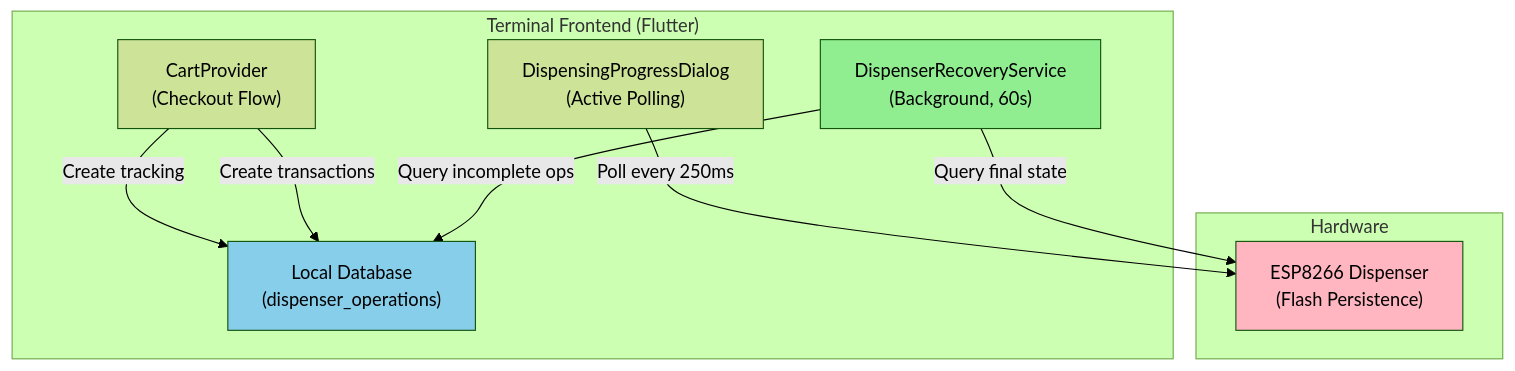
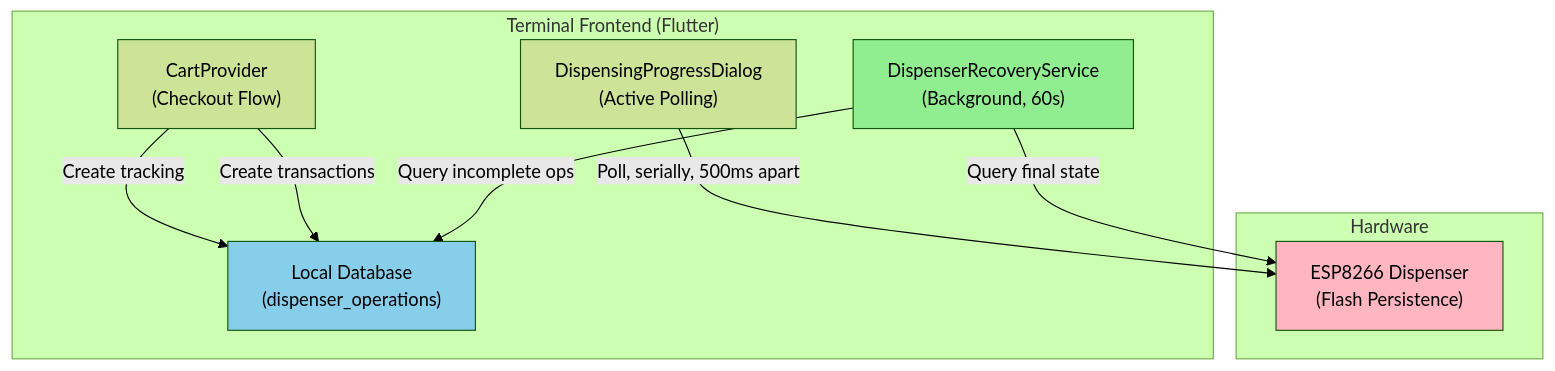
Before and after one commit to dgloeckner/clubbar: the first of 11 diagrams in docs/dispenser-crash-recovery-reconciliation.md, drawn with Mermaid (forest theme). The commit also changed other lines of this file and 14 other files, not shown here.

````diff
--- a/docs/dispenser-crash-recovery-reconciliation.md
+++ b/docs/dispenser-crash-recovery-reconciliation.md
@@ -40,23 +40,23 @@
 ```mermaid
 graph TB
     subgraph Terminal["Terminal Frontend (Flutter)"]
         Dialog["DispensingProgressDialog<br/>(Active Polling)"]
         Cart["CartProvider<br/>(Checkout Flow)"]
         Recovery["DispenserRecoveryService<br/>(Background, 60s)"]
         DB["Local Database<br/>(dispenser_operations)"]
     end
     
     subgraph Hardware["Hardware"]
         ESP["ESP8266 Dispenser<br/>(Flash Persistence)"]
     end
     
-    Dialog -->|Poll every 250ms| ESP
+    Dialog -->|Poll, serially, 500ms apart| ESP
     Cart -->|Create tracking| DB
     Cart -->|Create transactions| DB
     Recovery -->|Query incomplete ops| DB
     Recovery -->|Query final state| ESP
     
     style Recovery fill:#90EE90
     style ESP fill:#FFB6C1
     style DB fill:#87CEEB
 ```
````
